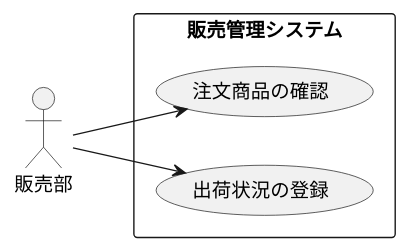
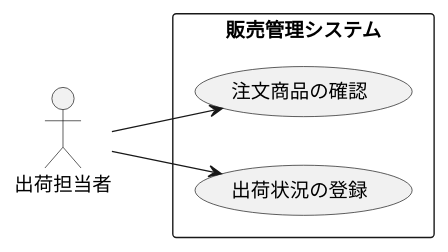
Before and after one commit to omorirenka/uml-introduction: the diagram in 演習2-5_盛岡商事_販売管理システム.pu, drawn with PlantUML.

Commit message:
演習2-5修正

```diff
--- a/演習2-5_盛岡商事_販売管理システム.pu
+++ b/演習2-5_盛岡商事_販売管理システム.pu
@@ -1,10 +1,10 @@
 @startuml ユースケース図
 left to right direction
-actor 販売部
+actor 出荷担当者
 rectangle 販売管理システム{
 usecase 注文商品の確認 as a
 usecase 出荷状況の登録 as b
 }
-販売部 --> a
-販売部 --> b
+出荷担当者 --> a
+出荷担当者 --> b
 @enduml
```
